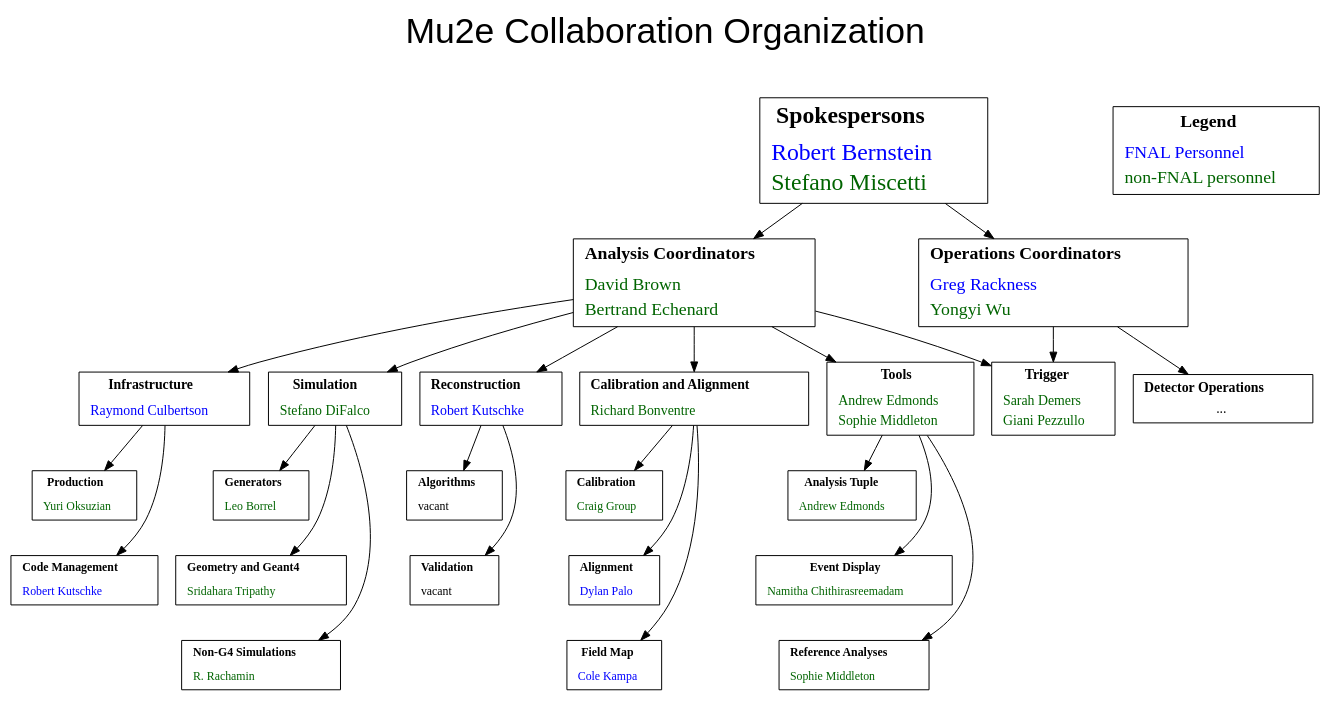
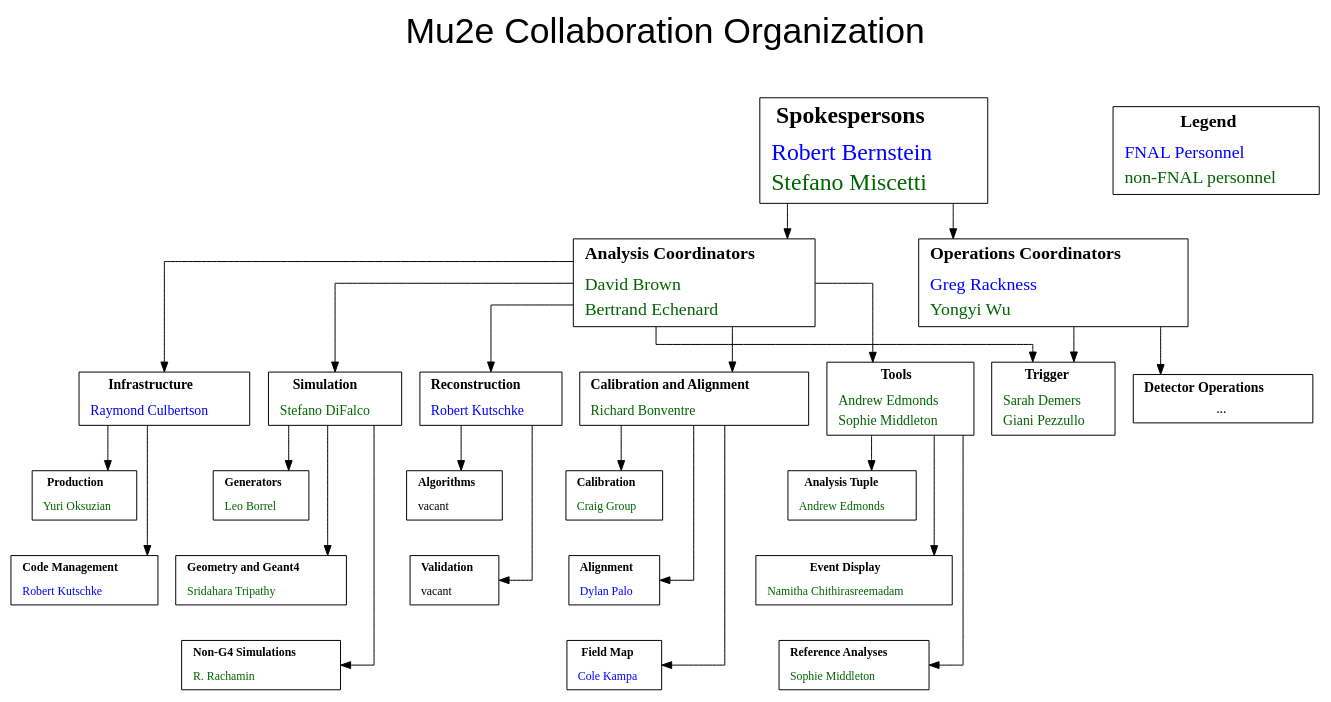
Before and after one commit to sophiemiddleton/Production: the diagram in Documents/OrgChart_Analysis.dot, drawn with Graphviz. The commit also changed 1 other file, not shown here.

```diff
--- a/Documents/OrgChart_Analysis.dot
+++ b/Documents/OrgChart_Analysis.dot
@@ -1,7 +1,7 @@
-/*  Mu2e org chart, analysis branch only
+/*  Mu2e org chart, Down to L4 in Analysis
  * To compile:
  *
- *     dot -T(suf) Production/Documents/OrgChart_Analysis.dot -o OrgChart_Analysis.(suf), suf=tiff, jpg, pdf, ...
+ *     dot -T(suf) OrgChart_Analysis.dot -o OrgChart_Analysis.(suf), suf=tiff, jpg, pdf, png, ...
  *    See https://graphviz.gitlab.io/documentation/ for more details
  *
  */
@@ -13,8 +13,8 @@
   fontname="Helvetica";
   fontsize="36";
   labelloc = t;
-
-
+  splines=ortho
+  edge[sametail ="",samehead =""]
   /* L1 and L2 */
 
   Spokespersons [shape=box, peripheries=1, color=black, fontsize="24",
```
